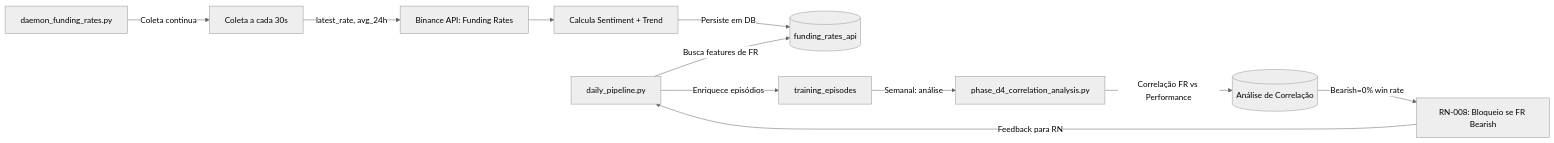
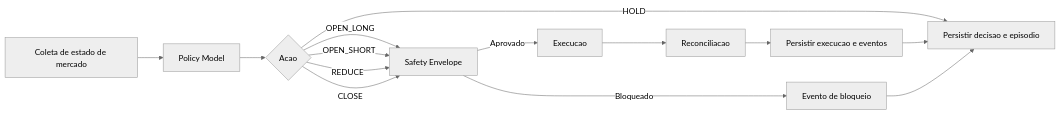
The first of 7 diagrams in docs/DIAGRAMAS.md (jadergreiner/crypto-futures-agent), drawn with Mermaid (neutral theme) before and after one commit. The commit also changed other lines of this file, not shown here.

Commit message:
[SYNC] Atualizar diagramas para arquitetura model-driven

````diff
--- a/docs/DIAGRAMAS.md
+++ b/docs/DIAGRAMAS.md
@@ -66,24 +7,16 @@
 ```mermaid
 flowchart LR
-    A[daemon_funding_rates.py]
-    B[Coleta a cada 30s]
-    C[Binance API: Funding Rates]
-    D[Calcula Sentiment + Trend]
-    E[(funding_rates_api)]
-    F[daily_pipeline.py]
-    G[training_episodes]
-    H[phase_d4_correlation_analysis.py]
-    I[(Análise de Correlação)]
-    J[RN-008: Bloqueio se FR Bearish]
-    
-    A -->|Coleta continua| B
-    B -->|latest_rate, avg_24h| C
-    C --> D
-    D -->|Persiste em DB| E
-    F -->|Busca features de FR| E
-    F -->|Enriquece episódios| G
-    G -->|Semanal: análise| H
-    H -->|Correlação FR vs Performance| I
-    I -->|Bearish=0% win rate| J
-    J -->|Feedback para RN| F
+  A[Coleta de estado de mercado] --> B[Policy Model]
+  B --> C{Acao}
+  C -->|OPEN_LONG| D[Safety Envelope]
+  C -->|OPEN_SHORT| D
+  C -->|REDUCE| D
+  C -->|CLOSE| D
+  C -->|HOLD| E[Persistir decisao e episodio]
+  D -->|Aprovado| F[Execucao]
+  D -->|Bloqueado| G[Evento de bloqueio]
+  F --> H[Reconciliacao]
+  H --> I[Persistir execucao e eventos]
+  I --> E
+  G --> E
 ```
````
